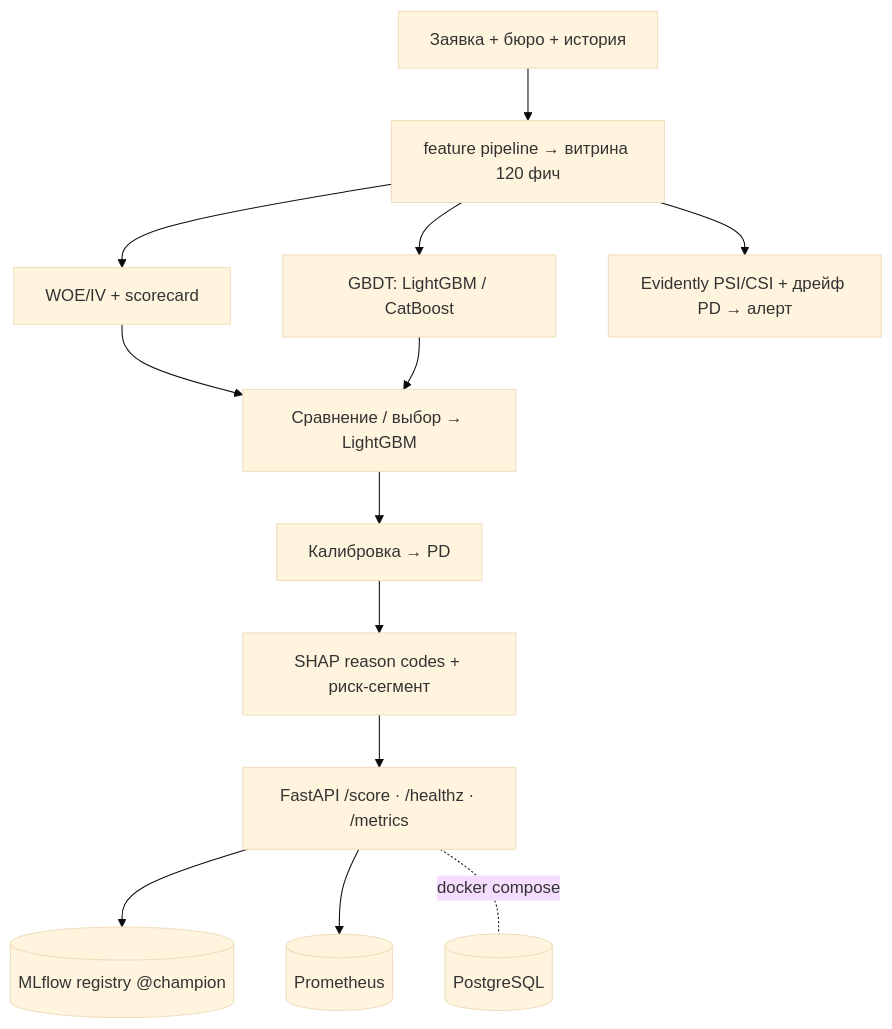
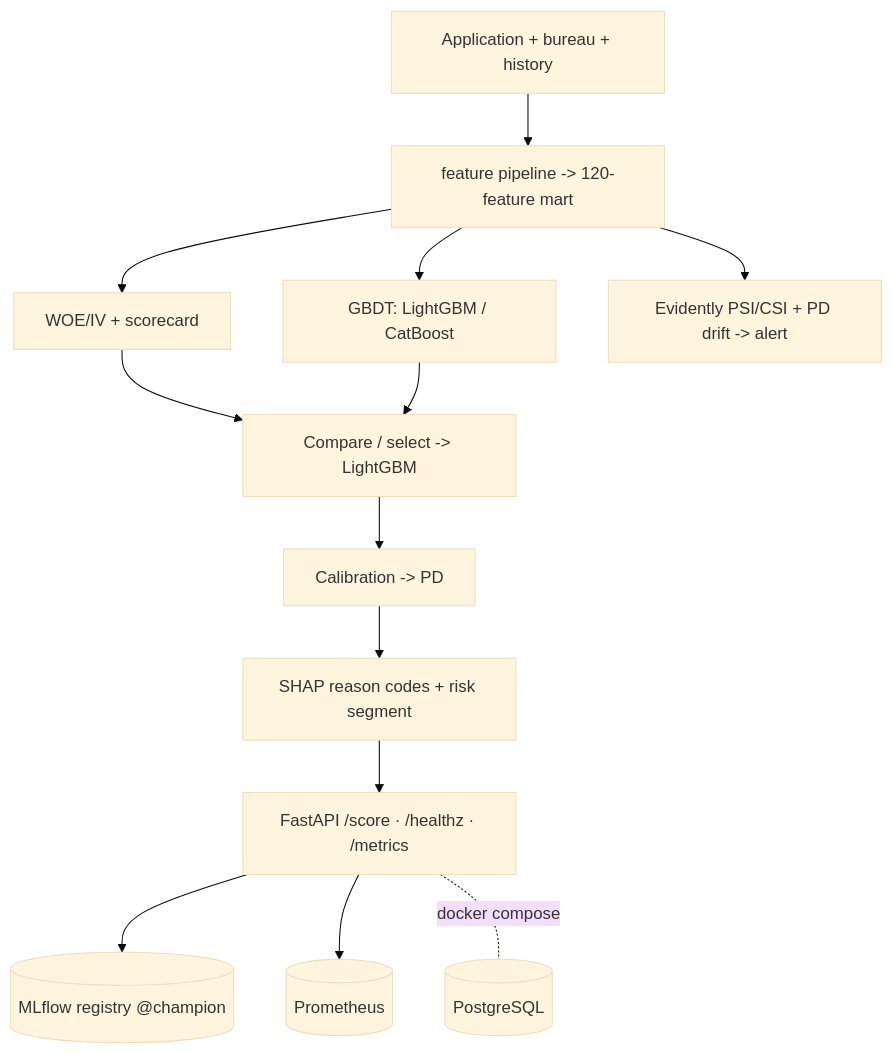
The diagram in 01-credit-scoring-pd/README.md (dataeclipse/bank-credit-scoring), drawn with Mermaid (base theme) before and after one commit. The commit also changed other lines of this file and 44 other files, not shown here.

````diff
--- a/01-credit-scoring-pd/README.md
+++ b/01-credit-scoring-pd/README.md
@@ -28,15 +28,15 @@
 ```mermaid
 flowchart TD
-    A[Заявка + бюро + история] --> B[feature pipeline → витрина 120 фич]
+    A[Application + bureau + history] --> B[feature pipeline -> 120-feature mart]
     B --> C[WOE/IV + scorecard]
     B --> D[GBDT: LightGBM / CatBoost]
-    C --> E[Сравнение / выбор → LightGBM]
+    C --> E[Compare / select -> LightGBM]
     D --> E
-    E --> F[Калибровка → PD]
-    F --> G[SHAP reason codes + риск-сегмент]
+    E --> F[Calibration -> PD]
+    F --> G[SHAP reason codes + risk segment]
     G --> H[FastAPI /score · /healthz · /metrics]
     H --> R[(MLflow registry @champion)]
     H --> P[(Prometheus)]
-    B --> M[Evidently PSI/CSI + дрейф PD → алерт]
+    B --> M[Evidently PSI/CSI + PD drift -> alert]
     H -. docker compose .- DB[(PostgreSQL)]
 ```
````
